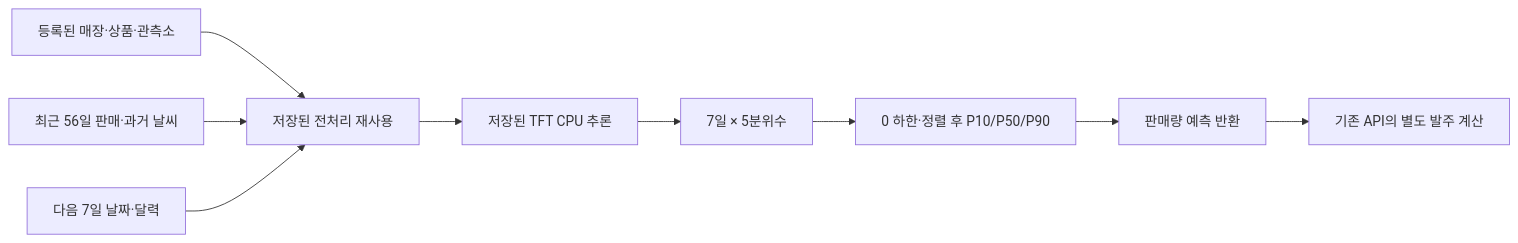
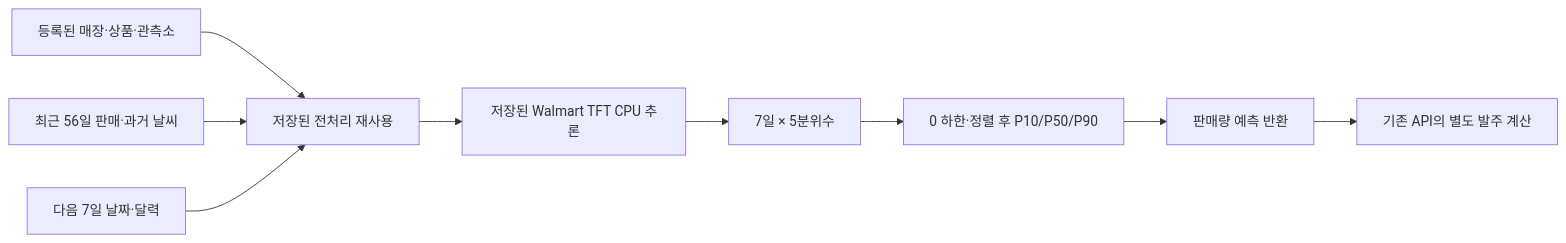
Before and after one commit to hminkoo10/Hwagae_jangnal: the diagram in ml/presentation/model-explainer.md, drawn with Mermaid. The commit also changed other lines of this file and 2 other files, not shown here.

Commit message:
Separate Walmart evaluation evidence from the synthetic merchant model

````diff
--- a/ml/presentation/model-explainer.md
+++ b/ml/presentation/model-explainer.md
@@ -19,11 +21,11 @@
 ```mermaid
 flowchart LR
     A[등록된 매장·상품·관측소] --> D[저장된 전처리 재사용]
     B[최근 56일 판매·과거 날씨] --> D
     C[다음 7일 날짜·달력] --> D
-    D --> E[저장된 TFT CPU 추론]
+    D --> E[저장된 Walmart TFT CPU 추론]
     E --> F[7일 × 5분위수]
     F --> G[0 하한·정렬 후 P10/P50/P90]
     G --> H[판매량 예측 반환]
     H --> I[기존 API의 별도 발주 계산]
 ```
````
